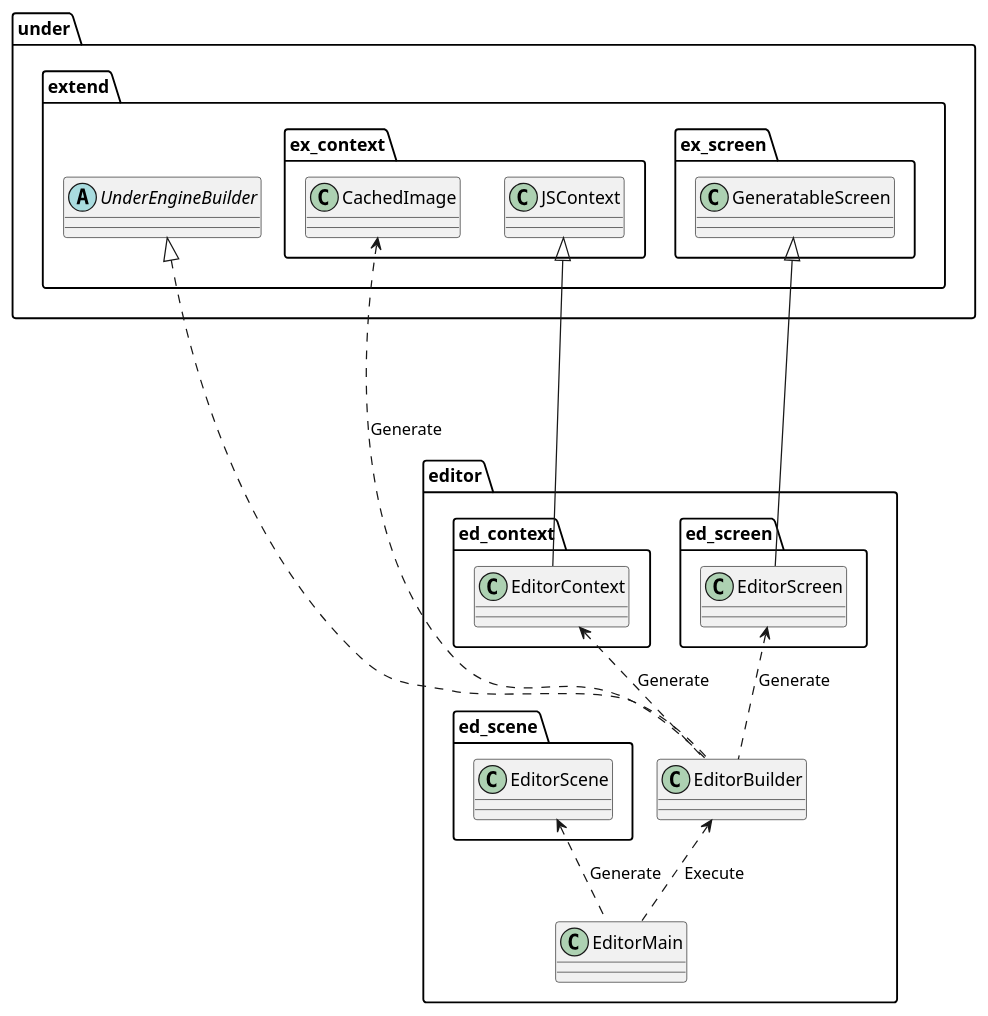
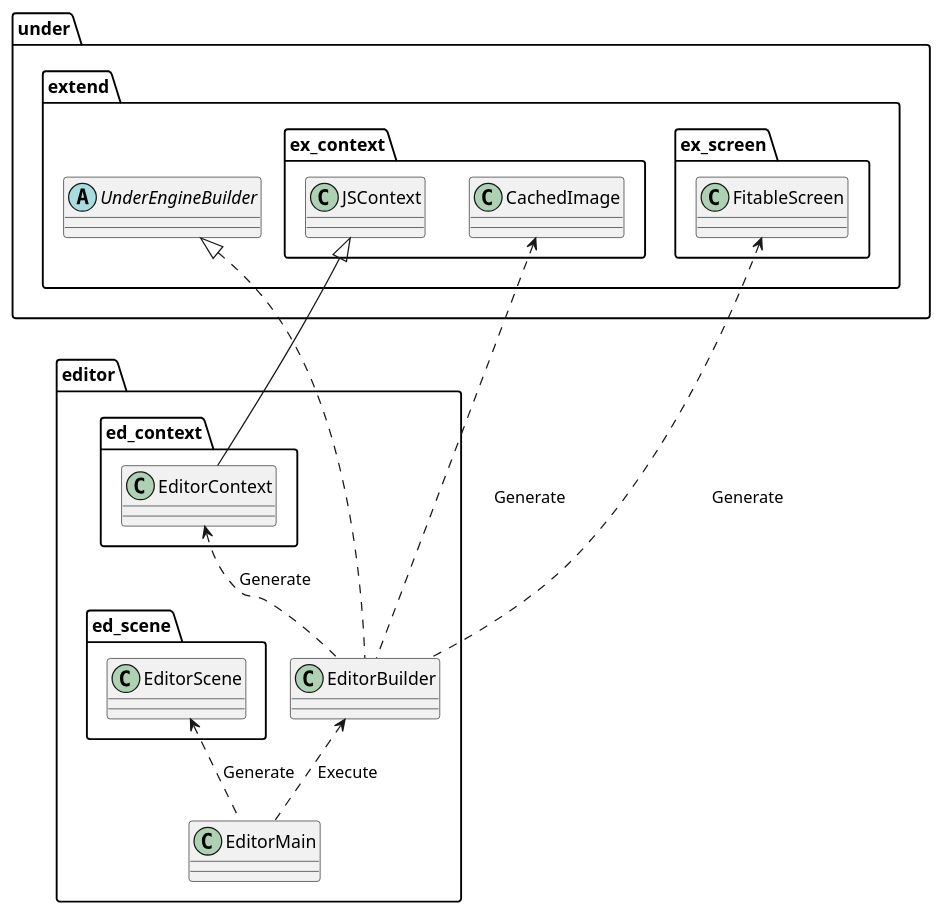
The diagram in uml/editor/GameBase.wsd (Expine/Under), drawn with PlantUML before and after one commit. The commit also changed 55 other files, not shown here.

```diff
--- a/uml/editor/GameBase.wsd
+++ b/uml/editor/GameBase.wsd
@@ -1,45 +1,40 @@
 @startuml EditorGameBase
 
 package editor {
     class EditorMain
     class EditorBuilder
 
     package ed_context {
         class EditorContext
-    }
-
-    package ed_screen {
-        class EditorScreen
     }
 }
 
 package under {
     package extend {
         abstract UnderEngineBuilder
         package ex_context {
             class JSContext
             class CachedImage
         }
         package ex_screen {
-            class GeneratableScreen
+            class FitableScreen
         }
     }
 }
 
 package editor {
     package ed_scene {
         class EditorScene
     }
 }
 
 EditorBuilder <.. EditorMain : "Execute"
 EditorScene <.. EditorMain : "Generate"
-EditorScreen <.. EditorBuilder : "Generate"
+FitableScreen <.. EditorBuilder : "Generate"
 EditorContext <.. EditorBuilder : "Generate"
 CachedImage <.. EditorBuilder : "Generate"
 
 UnderEngineBuilder <|... EditorBuilder
 JSContext <|-- EditorContext
-GeneratableScreen <|--- EditorScreen
 
 @enduml
```
